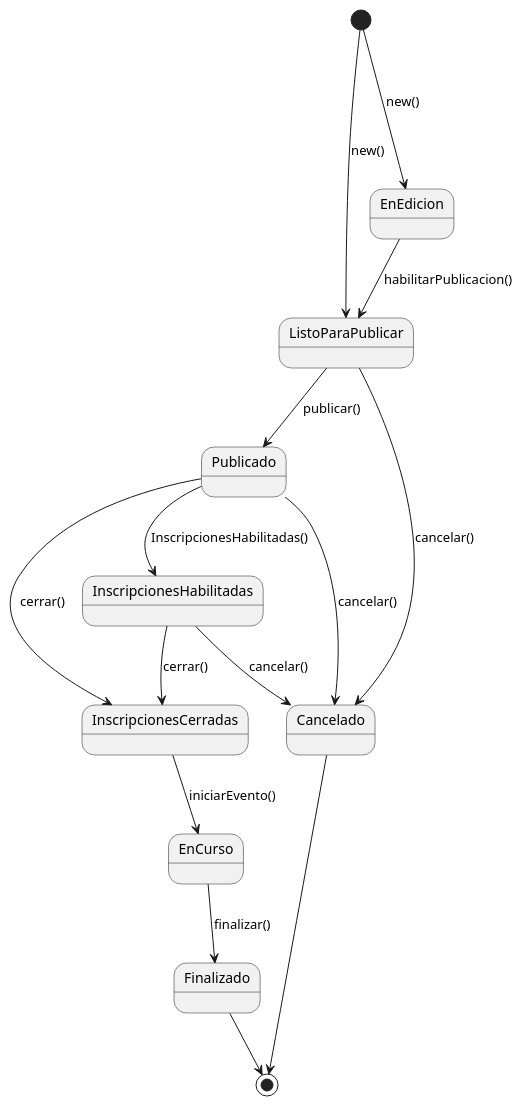
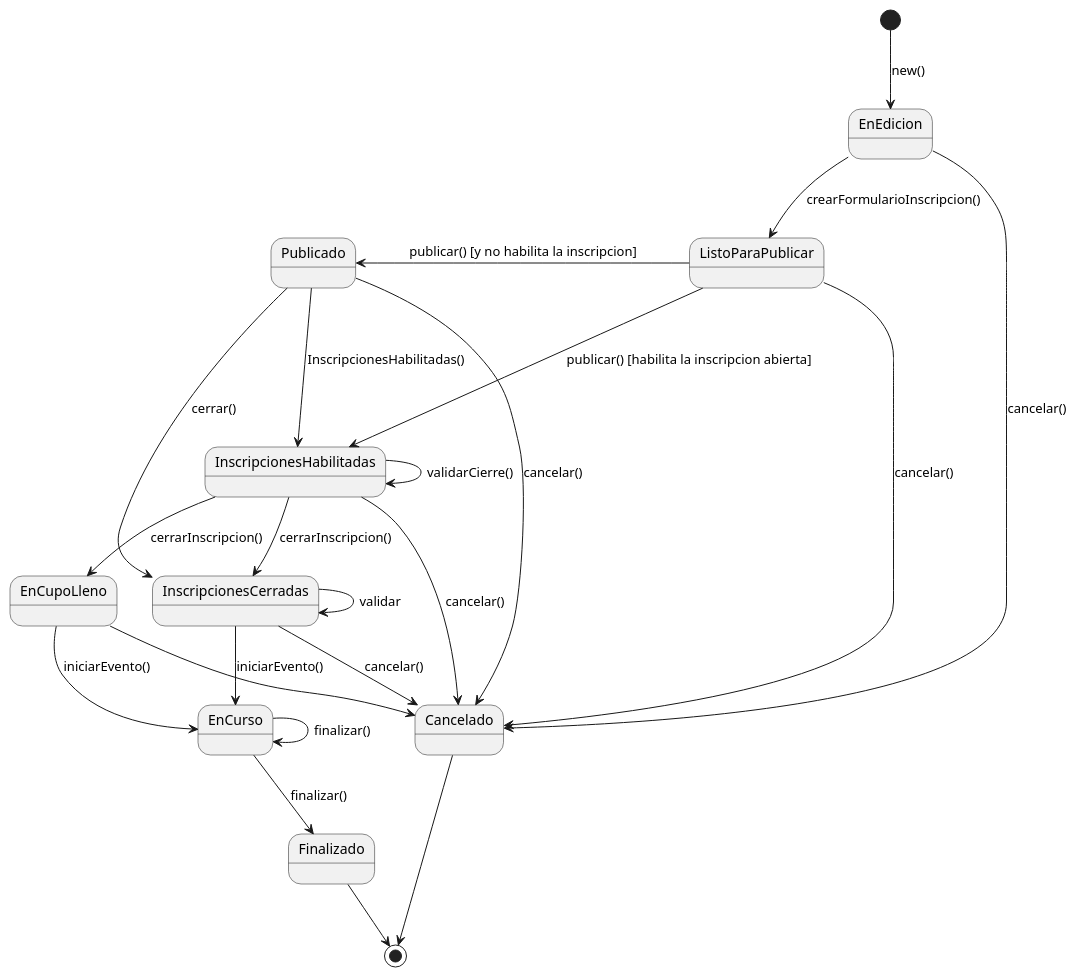
One commit to IgnacioSala20/Diagramas changed the diagram in PreParciales/GestionEventos/estado.puml. Above: the diagram before and after it, drawn with PlantUML. The commit also changed 2 other files, not shown here.

```diff
--- a/PreParciales/GestionEventos/estado.puml
+++ b/PreParciales/GestionEventos/estado.puml
@@ -1,23 +1,34 @@
 @startuml estado del evento
 
-[*] -down--> EnEdicion : new()
+[*] --> EnEdicion : new()
 
-[*] --> ListoParaPublicar : new()
 
-ListoParaPublicar --> Publicado : publicar()
-EnEdicion --> ListoParaPublicar : habilitarPublicacion()
+ListoParaPublicar -left--> Publicado : publicar() [y no habilita la inscripcion]
+ListoParaPublicar -down--> InscripcionesHabilitadas : publicar() [habilita la inscripcion abierta]
+
+'metodos en infinitivo, que sean un verbo'
+EnEdicion --> ListoParaPublicar : crearFormularioInscripcion()
 Publicado --> InscripcionesHabilitadas : InscripcionesHabilitadas()
 
+
 Publicado --> InscripcionesCerradas : cerrar()
-
-InscripcionesHabilitadas --> InscripcionesCerradas : cerrar()
+EnEdicion --> Cancelado : cancelar()
+InscripcionesHabilitadas --> InscripcionesCerradas : cerrarInscripcion()
+InscripcionesHabilitadas --> EnCupoLleno : cerrarInscripcion()
+InscripcionesHabilitadas --> InscripcionesHabilitadas : validarCierre()
 
 
+InscripcionesCerradas --> InscripcionesCerradas : validar
+
+EnCupoLleno --> EnCurso : iniciarEvento()
+InscripcionesCerradas --> Cancelado : cancelar()
 InscripcionesCerradas --> EnCurso : iniciarEvento()
 EnCurso --> Finalizado : finalizar()
 Finalizado --> [*]
 InscripcionesHabilitadas --> Cancelado : cancelar()
 Cancelado --> [*]
 ListoParaPublicar --> Cancelado : cancelar()
+EnCurso -->EnCurso : finalizar()
+EnCupoLleno --> Cancelado 
 Publicado --> Cancelado : cancelar()
 @enduml
```
